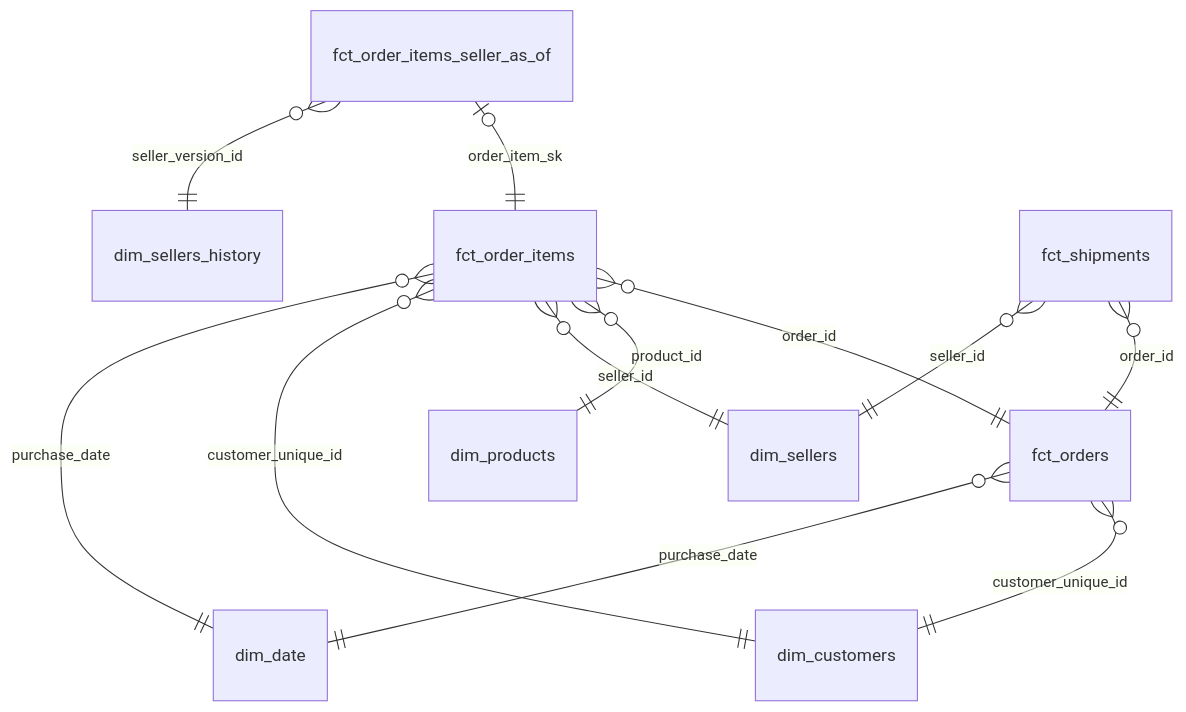
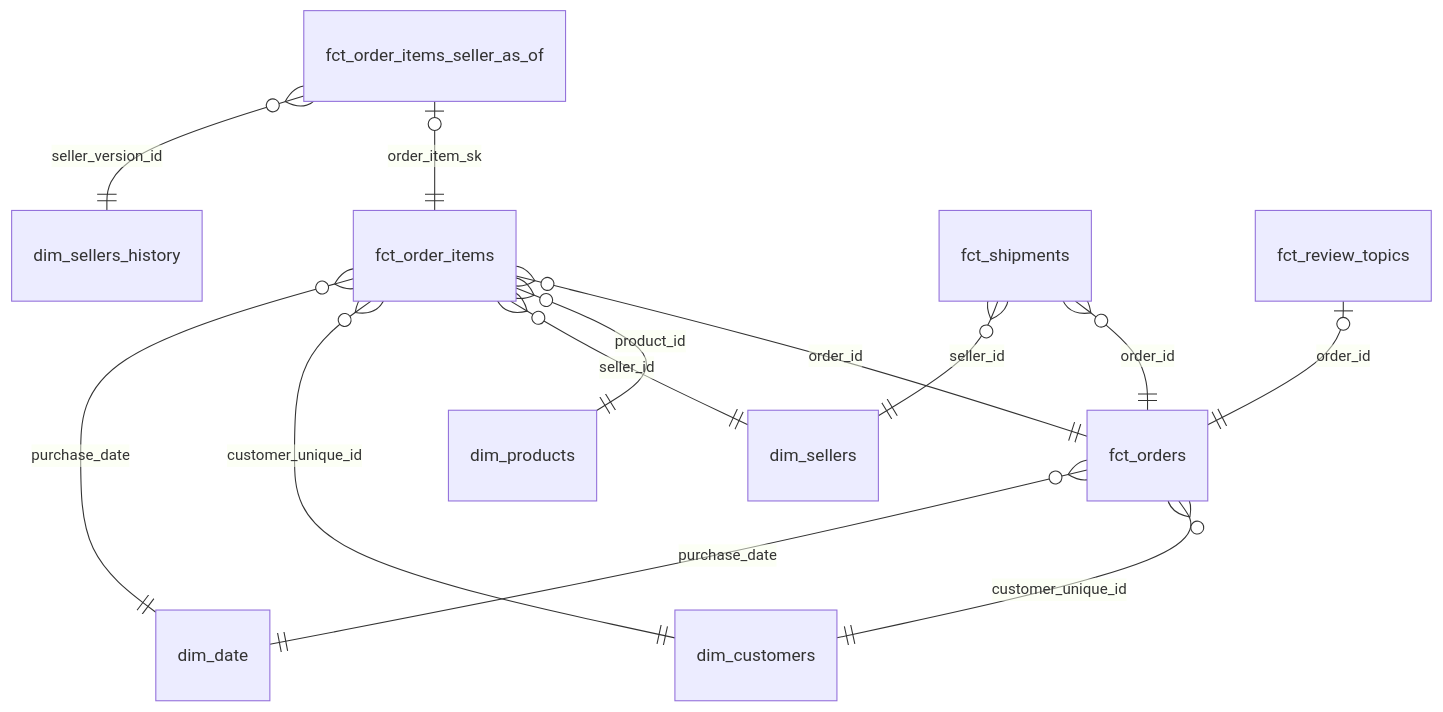
The second of 6 diagrams in README.md (ShuCiG/olist-analytics-dbt), drawn with Mermaid before and after one commit. The commit also changed other lines of this file and 411 other files, not shown here.

First line of the commit message:
feat: review texts labelled by an LLM, topics and sentiment mart, API labelling for new reviews (D92)

````diff
--- a/README.md
+++ b/README.md
@@ -149,14 +158,15 @@
 ```mermaid
 erDiagram
     fct_orders }o--|| dim_customers : customer_unique_id
     fct_orders }o--|| dim_date : purchase_date
     fct_order_items }o--|| fct_orders : order_id
     fct_order_items }o--|| dim_products : product_id
     fct_order_items }o--|| dim_sellers : seller_id
     fct_order_items }o--|| dim_customers : customer_unique_id
     fct_order_items_seller_as_of |o--|| fct_order_items : order_item_sk
     fct_order_items_seller_as_of }o--|| dim_sellers_history : seller_version_id
     fct_order_items }o--|| dim_date : purchase_date
     fct_shipments }o--|| fct_orders : order_id
     fct_shipments }o--|| dim_sellers : seller_id
+    fct_review_topics |o--|| fct_orders : order_id
 ```
````
